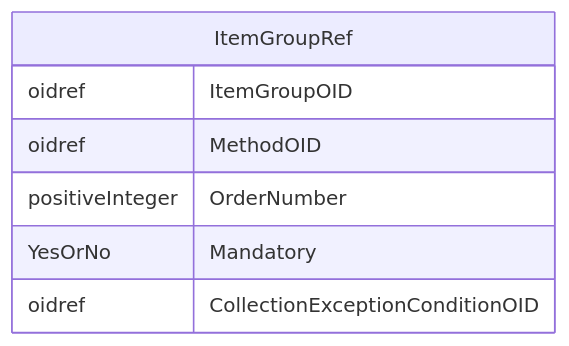
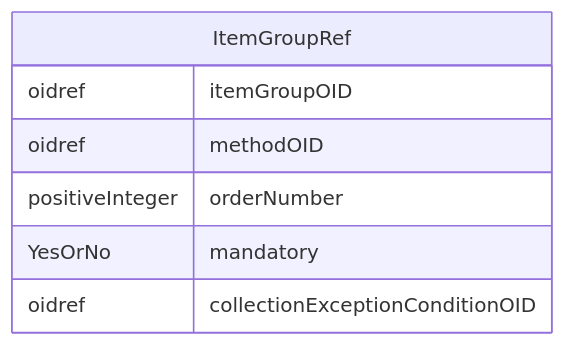
The diagram in docs/ItemGroupRef.md (cdisc-org/DataExchange-ODM-LinkML), drawn with Mermaid before and after one commit. The commit also changed other lines of this file and 759 other files, not shown here.

````diff
--- a/docs/ItemGroupRef.md
+++ b/docs/ItemGroupRef.md
@@ -11,13 +11,13 @@
 ```mermaid
 erDiagram
 ItemGroupRef {
-    oidref ItemGroupOID  
-    oidref MethodOID  
-    positiveInteger OrderNumber  
-    YesOrNo Mandatory  
-    oidref CollectionExceptionConditionOID  
+    oidref itemGroupOID  
+    oidref methodOID  
+    positiveInteger orderNumber  
+    YesOrNo mandatory  
+    oidref collectionExceptionConditionOID  
 }
 
 
 
 ```
````
